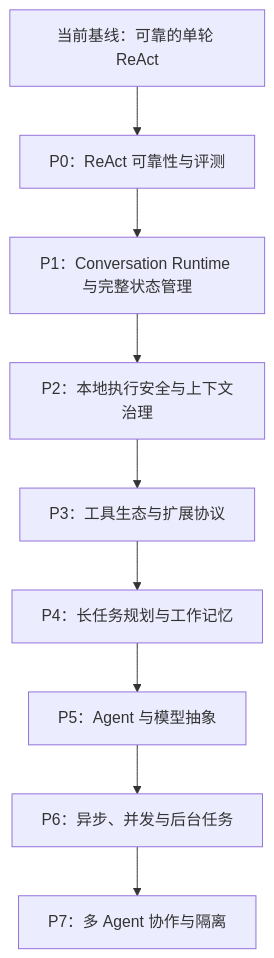
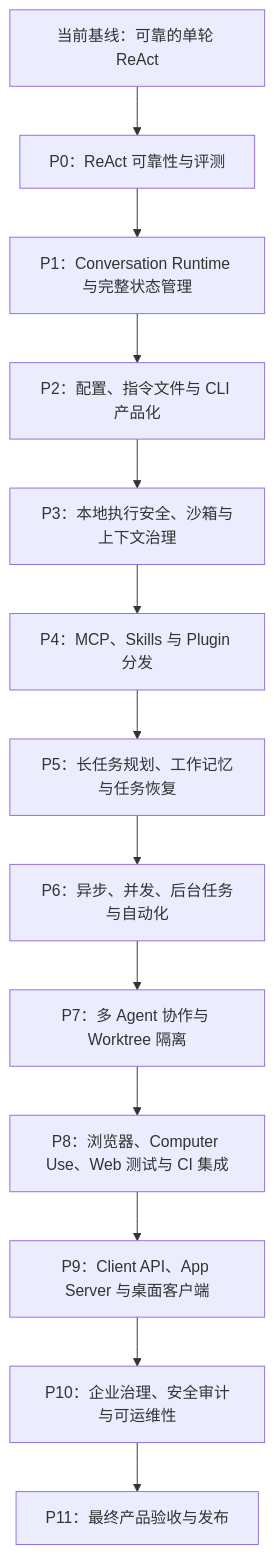
One commit to zhang4014439175/zzm-agent changed the diagram in docs/roadmap.md. Above: the diagram before and after it, drawn with Mermaid. The commit also changed other lines of this file, not shown here.

First line of the commit message:
docs(roadmap): refine final agent product roadmap

````diff
--- a/docs/roadmap.md
+++ b/docs/roadmap.md
@@ -211,11 +225,15 @@
 ```mermaid
 flowchart TD
     A["当前基线：可靠的单轮 ReAct"] --> B["P0：ReAct 可靠性与评测"]
     B --> C["P1：Conversation Runtime 与完整状态管理"]
-    C --> D["P2：本地执行安全与上下文治理"]
-    D --> E["P3：工具生态与扩展协议"]
-    E --> F["P4：长任务规划与工作记忆"]
-    F --> G["P5：Agent 与模型抽象"]
-    G --> H["P6：异步、并发与后台任务"]
-    H --> I["P7：多 Agent 协作与隔离"]
+    C --> D["P2：配置、指令文件与 CLI 产品化"]
+    D --> E["P3：本地执行安全、沙箱与上下文治理"]
+    E --> F["P4：MCP、Skills 与 Plugin 分发"]
+    F --> G["P5：长任务规划、工作记忆与任务恢复"]
+    G --> H["P6：异步、并发、后台任务与自动化"]
+    H --> I["P7：多 Agent 协作与 Worktree 隔离"]
+    I --> J["P8：浏览器、Computer Use、Web 测试与 CI 集成"]
+    J --> K["P9：Client API、App Server 与桌面客户端"]
+    K --> L["P10：企业治理、安全审计与可运维性"]
+    L --> M["P11：最终产品验收与发布"]
 ```
````
